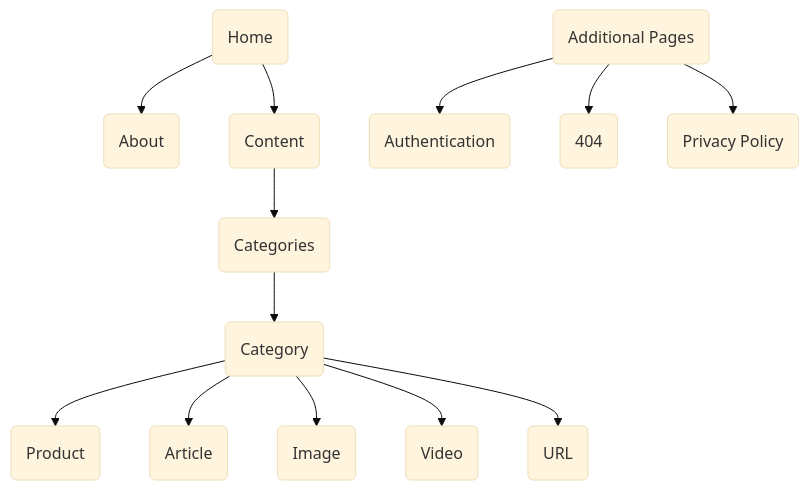
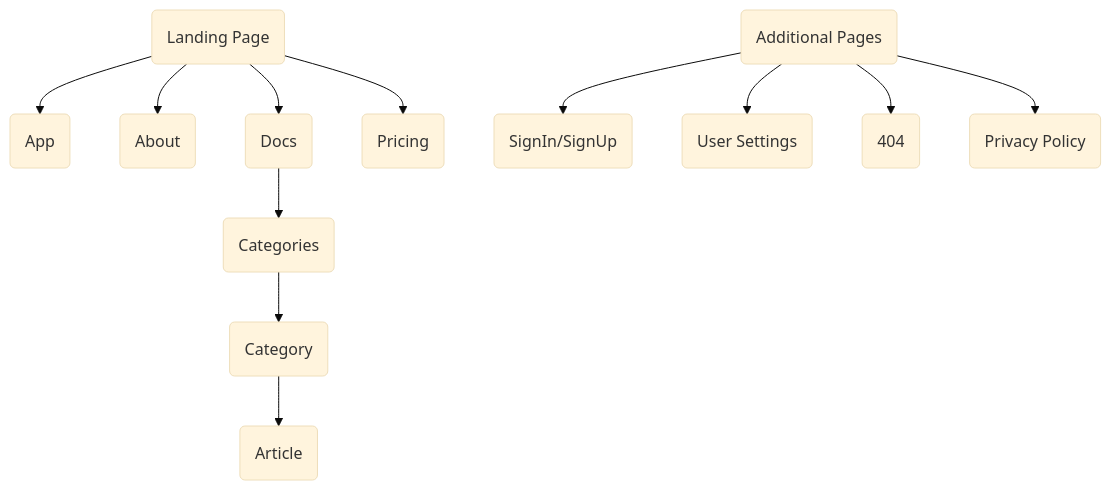
The diagram in README.md (wiremapp/app), drawn with Mermaid (base theme) before and after one commit. The commit also changed other lines of this file, not shown here.

````diff
--- a/README.md
+++ b/README.md
@@ -13,16 +17,15 @@
 ```mermaid
     flowchart TD
-    A(Home)-->B(About)
-    A-->G(Content)
-    G-->Z(Categories)
-    Z-->K(Category)
-    K-->V(Product)
-    K-->R(Article)
-    K-->I(Image)
-    K-->O(Video)
-    K-->N(URL)
-    Q(Additional Pages)
-    Q-->S(Authentication)
-    Q-->Y(404)
-    Q-->U(Privacy Policy)
+    35a89d93(Landing Page)-->46223490(App)
+    35a89d93-->03dcc596(About)
+    35a89d93-->cdbd5d1b(Docs)
+    35a89d93-->T(Pricing)
+    cdbd5d1b-->ef6fbafe(Categories)
+    ef6fbafe-->eac711a3(Category)
+    eac711a3-->f402d3c1(Article)
+    eb8f8865(Additional Pages)
+    eb8f8865-->f1fd7063(SignIn/SignUp)
+    eb8f8865-->84c323c4L(User Settings)
+    eb8f8865-->f88d271e(404)
+    eb8f8865-->8c43e165(Privacy Policy)
 ```
````
